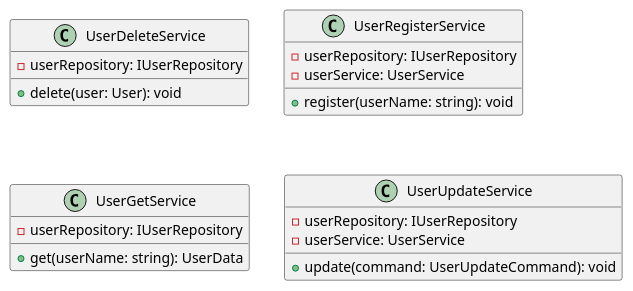
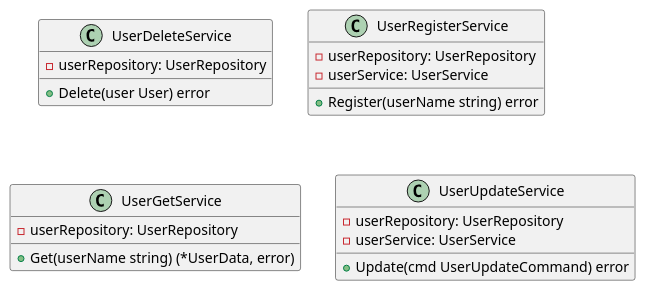
The diagram in diagrams/ch06-cohesion.puml (Yuki-TU/ddd), drawn with PlantUML before and after one commit. The commit also changed 40 other files, not shown here.

Commit message:
サンプルと図を Go の慣習に揃え、DDD の説明コメントを残す。

```diff
--- a/diagrams/ch06-cohesion.puml
+++ b/diagrams/ch06-cohesion.puml
@@ -1,20 +1,20 @@
 @startuml
 class UserDeleteService {
-  - userRepository: IUserRepository
-  + delete(user: User): void
+  - userRepository: UserRepository
+  + Delete(user User) error
 }
 class UserRegisterService {
-  - userRepository: IUserRepository
+  - userRepository: UserRepository
   - userService: UserService
-  + register(userName: string): void
+  + Register(userName string) error
 }
 class UserGetService {
-  - userRepository: IUserRepository
-  + get(userName: string): UserData
+  - userRepository: UserRepository
+  + Get(userName string) (*UserData, error)
 }
 class UserUpdateService {
-  - userRepository: IUserRepository
+  - userRepository: UserRepository
   - userService: UserService
-  + update(command: UserUpdateCommand): void
+  + Update(cmd UserUpdateCommand) error
 }
 @enduml
```
